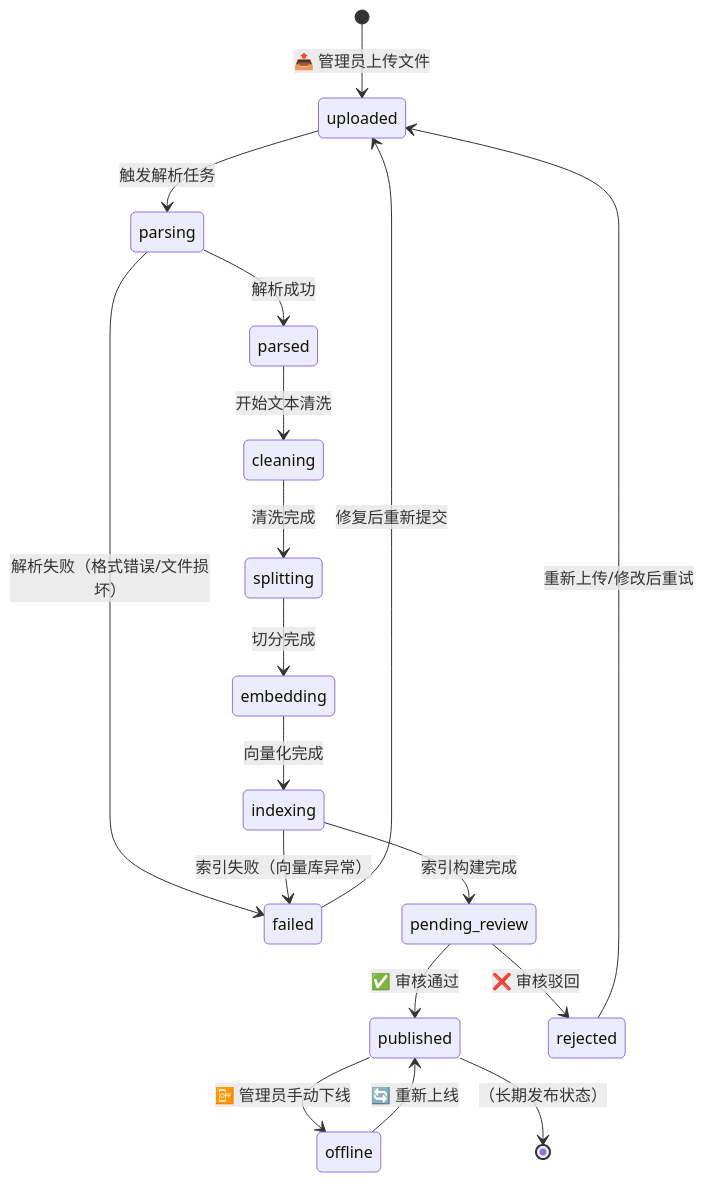
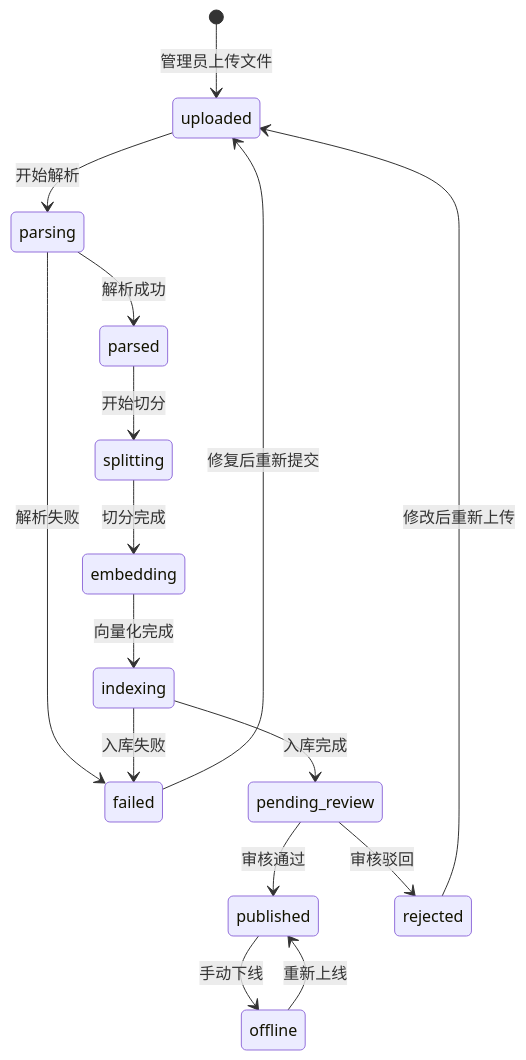
The first of 3 diagrams in flows/01_数据导入流程/02_文档状态流转图.md (evanwusibin/auto-carcrm), drawn with Mermaid before and after one commit. The commit also changed other lines of this file and 229 other files, not shown here.

````diff
--- a/flows/01_数据导入流程/02_文档状态流转图.md
+++ b/flows/01_数据导入流程/02_文档状态流转图.md
@@ -9,26 +9,22 @@
 ```mermaid
 stateDiagram-v2
-    [*] --> uploaded : 📤 管理员上传文件
+    [*] --> uploaded : 管理员上传文件
+    uploaded --> parsing : 开始解析
+    parsing --> parsed : 解析成功
+    parsing --> failed : 解析失败
 
-    uploaded --> parsing : 触发解析任务
-    parsing --> parsed : 解析成功
-    parsing --> failed : 解析失败（格式错误/文件损坏）
-
-    parsed --> cleaning : 开始文本清洗
-    cleaning --> splitting : 清洗完成
+    parsed --> splitting : 开始切分
     splitting --> embedding : 切分完成
     embedding --> indexing : 向量化完成
-    indexing --> pending_review : 索引构建完成
-    indexing --> failed : 索引失败（向量库异常）
+    indexing --> pending_review : 入库完成
+    indexing --> failed : 入库失败
 
-    pending_review --> published : ✅ 审核通过
-    pending_review --> rejected : ❌ 审核驳回
+    pending_review --> published : 审核通过
+    pending_review --> rejected : 审核驳回
 
-    rejected --> uploaded : 重新上传/修改后重试
+    rejected --> uploaded : 修改后重新上传
     failed --> uploaded : 修复后重新提交
 
-    published --> offline : 📴 管理员手动下线
-    offline --> published : 🔄 重新上线
-
-    published --> [*] : （长期发布状态）
+    published --> offline : 手动下线
+    offline --> published : 重新上线
 ```
````
